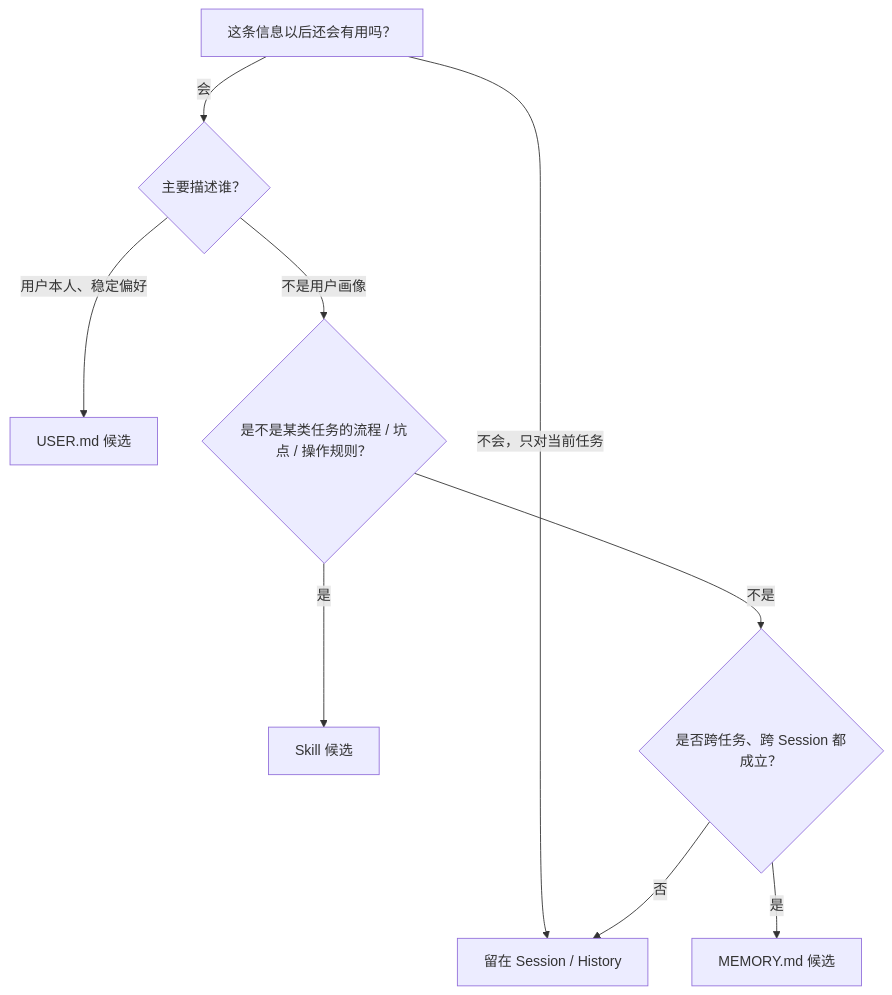
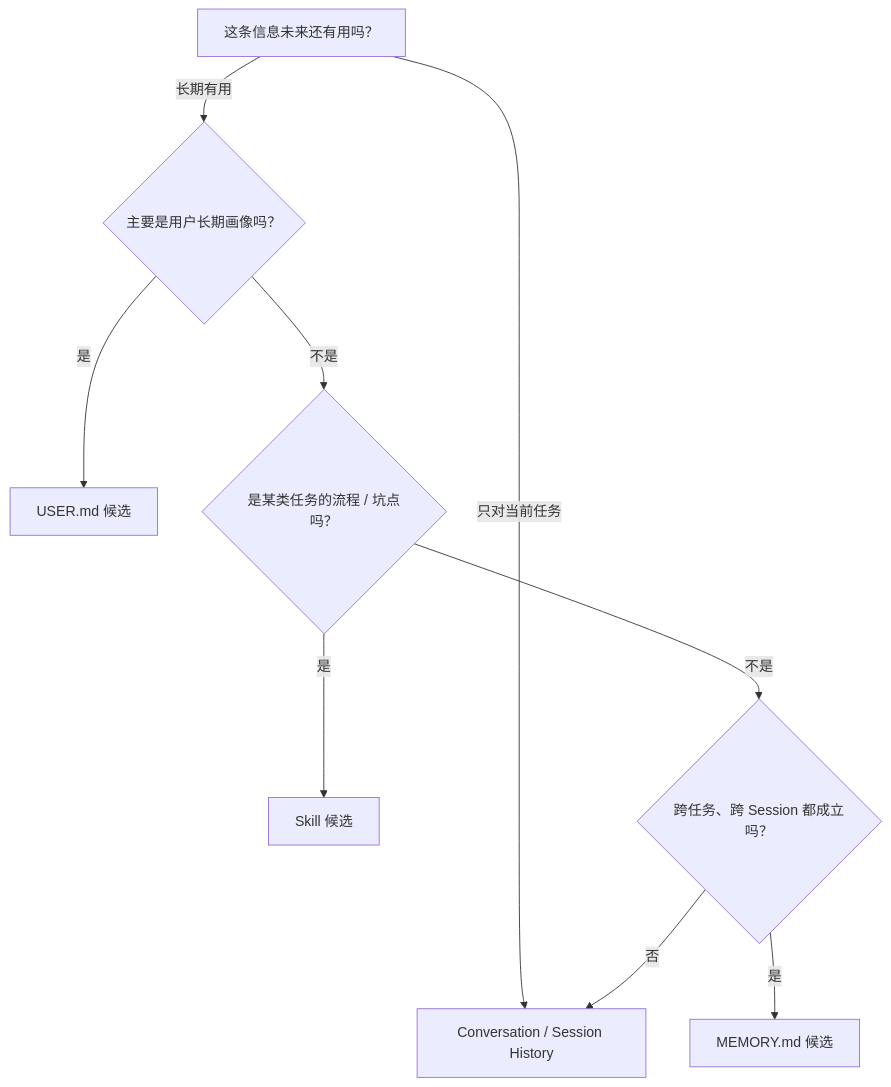
One commit to SodaWWater/AI-Learn changed the eighth of 15 diagrams in learning/hermes-vault/chapters/06-memory-history-external-provider.md. Above: the diagram before and after it, drawn with Mermaid. The commit also changed other lines of this file, not shown here.

Commit message:
docs: clarify Hermes memory architecture and teaching flow

````diff
--- a/learning/hermes-vault/chapters/06-memory-history-external-provider.md
+++ b/learning/hermes-vault/chapters/06-memory-history-external-provider.md
@@ -721,11 +908,11 @@
 ```mermaid
 flowchart TD
-    A["这条信息以后还会有用吗？"] -->|"不会，只对当前任务"| H["留在 Session / History"]
-    A -->|"会"| B{"主要描述谁？"}
-    B -->|"用户本人、稳定偏好"| U["USER.md 候选"]
-    B -->|"不是用户画像"| C{"是不是某类任务的流程 / 坑点 / 操作规则？"}
+    A["这条信息未来还有用吗？"] -->|"只对当前任务"| H["Conversation / Session History"]
+    A -->|"长期有用"| B{"主要是用户长期画像吗？"}
+    B -->|"是"| U["USER.md 候选"]
+    B -->|"不是"| C{"是某类任务的流程 / 坑点吗？"}
     C -->|"是"| S["Skill 候选"]
-    C -->|"不是"| D{"是否跨任务、跨 Session 都成立？"}
+    C -->|"不是"| D{"跨任务、跨 Session 都成立吗？"}
     D -->|"是"| M["MEMORY.md 候选"]
     D -->|"否"| H
 ```
````
